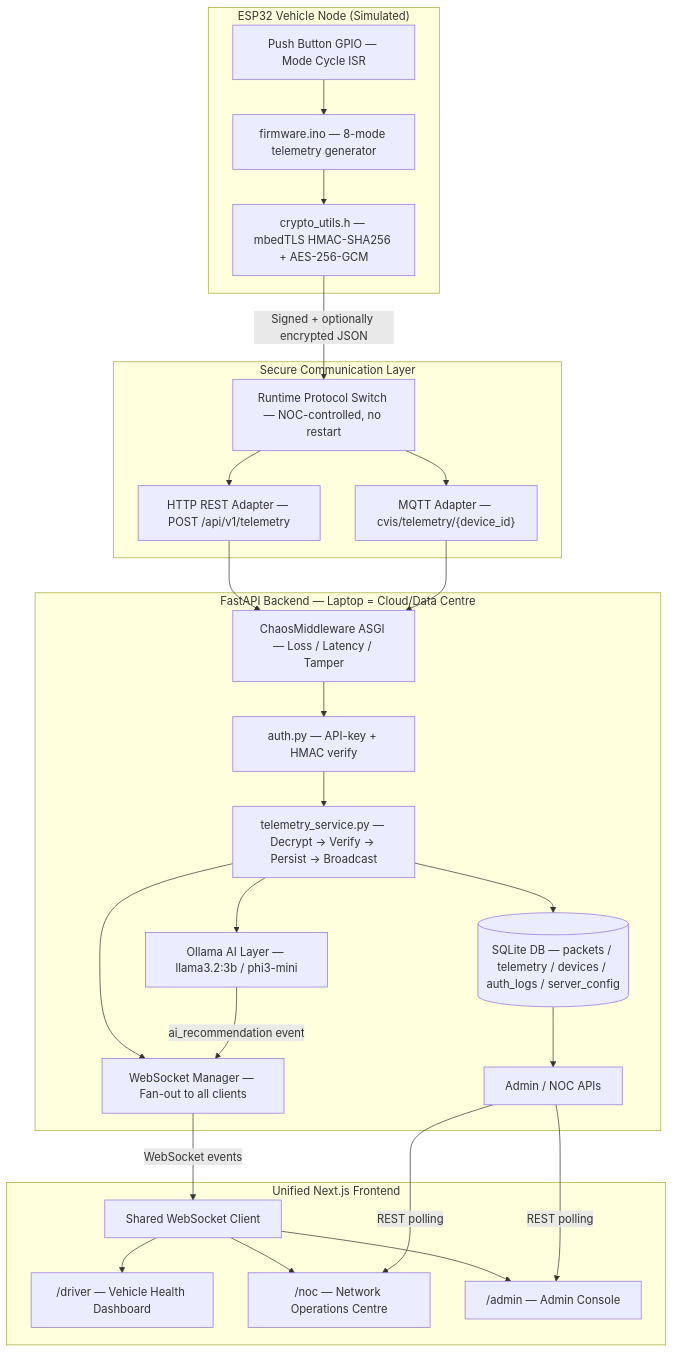
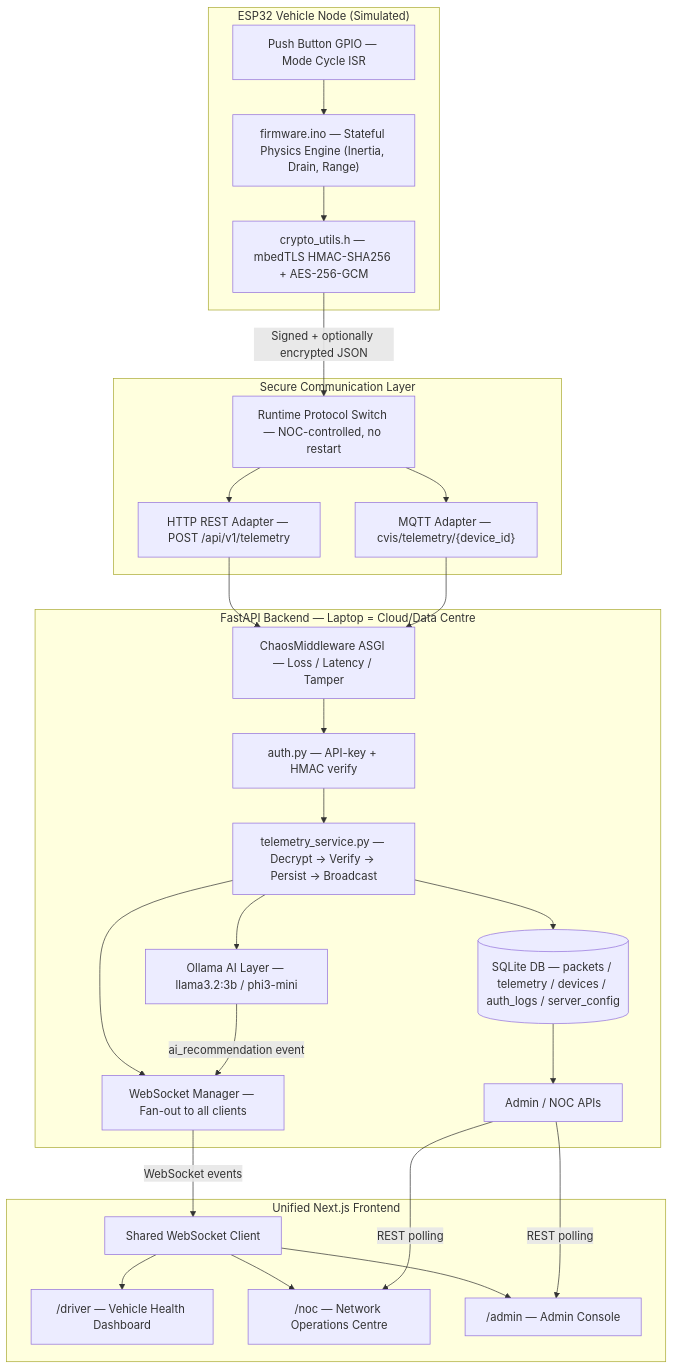
One commit to justinsaju21/CVIS changed the first of 4 diagrams in docs/architecture-diagrams.md. Above: the diagram before and after it, drawn with Mermaid. The commit also changed other lines of this file and 30 other files, not shown here.

````diff
--- a/docs/architecture-diagrams.md
+++ b/docs/architecture-diagrams.md
@@ -7,54 +7,54 @@
 ```mermaid
 graph TB
     subgraph ESP32["ESP32 Vehicle Node (Simulated)"]
-        FW["firmware.ino — 8-mode telemetry generator"]
+        FW["firmware.ino — Stateful Physics Engine (Inertia, Drain, Range)"]
         CRYPTO_FW["crypto_utils.h — mbedTLS HMAC-SHA256 + AES-256-GCM"]
         BTN["Push Button GPIO — Mode Cycle ISR"]
         BTN --> FW
         FW --> CRYPTO_FW
     end
 
     subgraph COMMS["Secure Communication Layer"]
         HTTP["HTTP REST Adapter — POST /api/v1/telemetry"]
         MQTT["MQTT Adapter — cvis/telemetry/{device_id}"]
         SWITCH["Runtime Protocol Switch — NOC-controlled, no restart"]
         CRYPTO_FW -->|"Signed + optionally encrypted JSON"| SWITCH
         SWITCH --> HTTP
         SWITCH --> MQTT
     end
 
     subgraph BACKEND["FastAPI Backend — Laptop = Cloud/Data Centre"]
         CHAOS["ChaosMiddleware ASGI — Loss / Latency / Tamper"]
         AUTH["auth.py — API-key + HMAC verify"]
         INGEST["telemetry_service.py — Decrypt → Verify → Persist → Broadcast"]
         SQLITE[("SQLite DB — packets / telemetry / devices / auth_logs / server_config")]
         AI["Ollama AI Layer — llama3.2:3b / phi3-mini"]
         WS["WebSocket Manager — Fan-out to all clients"]
         ADMIN_API["Admin / NOC APIs"]
 
         HTTP --> CHAOS
         MQTT --> CHAOS
         CHAOS --> AUTH
         AUTH --> INGEST
         INGEST --> SQLITE
         INGEST --> AI
         INGEST --> WS
         SQLITE --> ADMIN_API
     end
 
     subgraph FRONTEND["Unified Next.js Frontend"]
         DRIVER["/driver — Vehicle Health Dashboard"]
         NOC["/noc — Network Operations Centre"]
         ADMIN["/admin — Admin Console"]
         WS_CLIENT["Shared WebSocket Client"]
 
         WS_CLIENT --> DRIVER
         WS_CLIENT --> NOC
         WS_CLIENT --> ADMIN
     end
 
     WS -->|"WebSocket events"| WS_CLIENT
     ADMIN_API -->|"REST polling"| NOC
     ADMIN_API -->|"REST polling"| ADMIN
     AI -->|"ai_recommendation event"| WS
 ```
````
